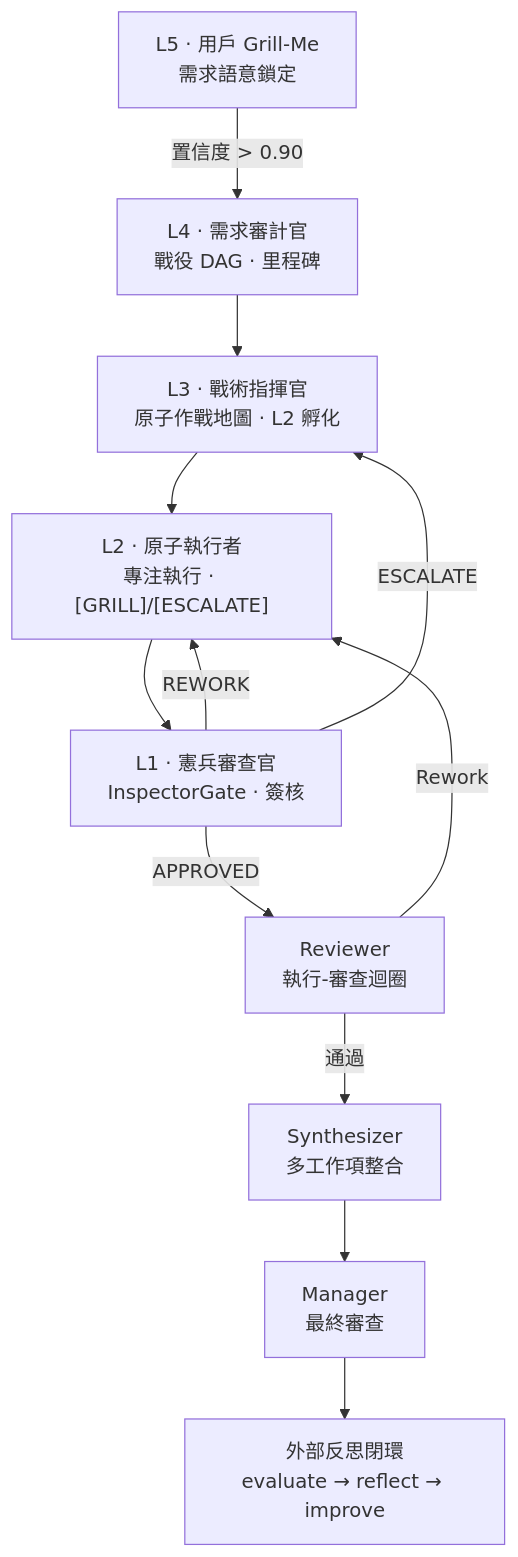
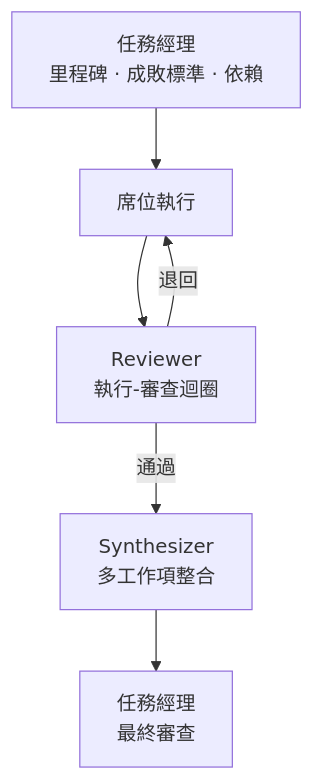
One commit to iiooiioo888/Linkin changed the fifth of 10 diagrams in docs/architecture/system-architecture-2026-09.md. Above: the diagram before and after it, drawn with Mermaid. The commit also changed other lines of this file and 84 other files, not shown here.

````diff
--- a/docs/architecture/system-architecture-2026-09.md
+++ b/docs/architecture/system-architecture-2026-09.md
@@ -216,24 +216,14 @@
 ```mermaid
 flowchart TD
-    L5["L5 · 用戶 Grill-Me<br/>需求語意鎖定"]
-    L4["L4 · 需求審計官<br/>戰役 DAG · 里程碑"]
-    L3["L3 · 戰術指揮官<br/>原子作戰地圖 · L2 孵化"]
-    L2["L2 · 原子執行者<br/>專注執行 · [GRILL]/[ESCALATE]"]
-    L1["L1 · 憲兵審查官<br/>InspectorGate · 簽核"]
+    MGR["任務經理<br/>里程碑 · 成敗標準 · 依賴"]
+    SEATS["席位執行"]
     REV["Reviewer<br/>執行-審查迴圈"]
     SYN["Synthesizer<br/>多工作項整合"]
-    MGR["Manager<br/>最終審查"]
-    EVAL2["外部反思閉環<br/>evaluate → reflect → improve"]
+    FINAL["任務經理<br/>最終審查"]
 
-    L5 -->|置信度 &gt; 0.90| L4
-    L4 --> L3
-    L3 --> L2
-    L2 --> L1
-    L1 -->|APPROVED| REV
-    L1 -->|REWORK| L2
-    L1 -->|ESCALATE| L3
+    MGR --> SEATS
+    SEATS --> REV
     REV -->|通過| SYN
-    REV -->|Rework| L2
-    SYN --> MGR
-    MGR --> EVAL2
+    REV -->|退回| SEATS
+    SYN --> FINAL
 ```
````
